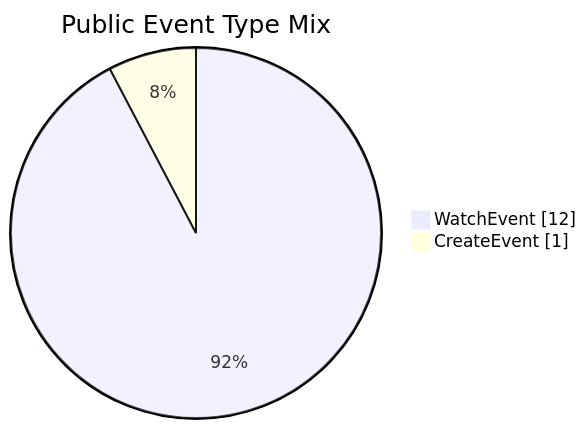
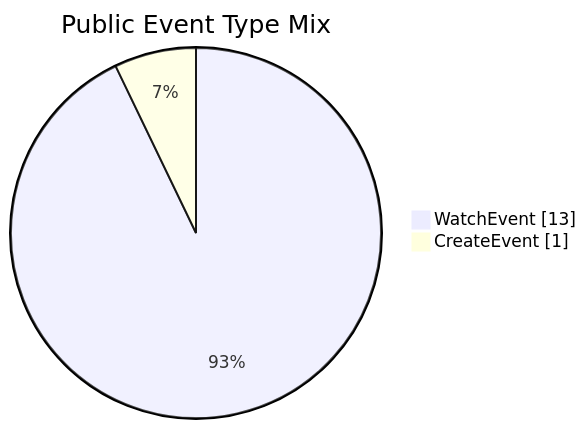
One commit to manhquydev/manhquydev changed the second of 2 diagrams in README.md. Above: the diagram before and after it, drawn with Mermaid. The commit also changed other lines of this file and 4 other files, not shown here.

````diff
--- a/README.md
+++ b/README.md
@@ -136,6 +136,6 @@
 ```mermaid
 pie showData
   title Public Event Type Mix
-  "WatchEvent" : 12
+  "WatchEvent" : 13
   "CreateEvent" : 1
 ```
````
